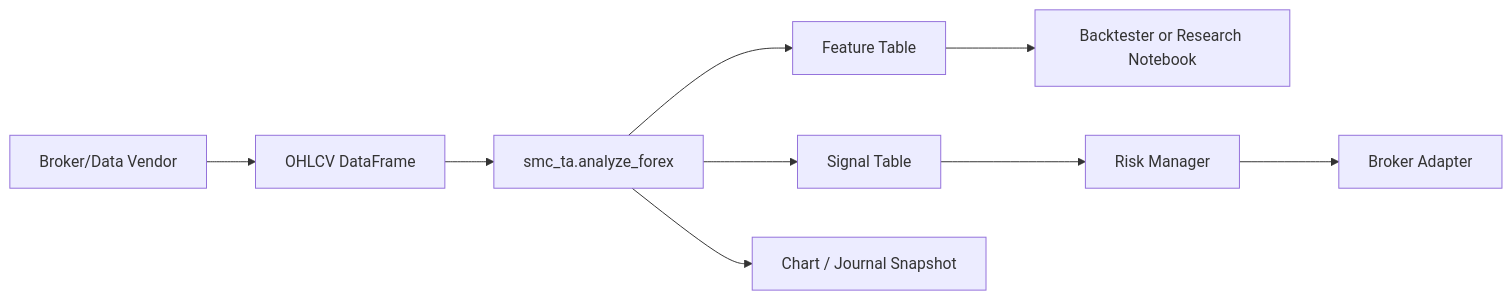
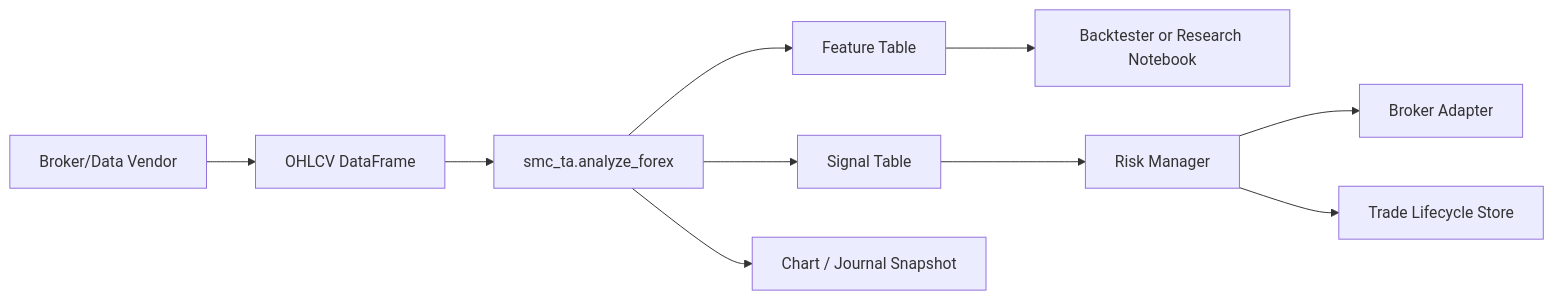
One commit to primebdsm/smcandta changed the diagram in docs/BOT_INTEGRATION.md. Above: the diagram before and after it, drawn with Mermaid. The commit also changed other lines of this file and 13 other files, not shown here.

Commit message:
Add trade lifecycle state machine

````diff
--- a/docs/BOT_INTEGRATION.md
+++ b/docs/BOT_INTEGRATION.md
@@ -5,11 +5,12 @@
 ```mermaid
 flowchart LR
   A["Broker/Data Vendor"] --> B["OHLCV DataFrame"]
   B --> C["smc_ta.analyze_forex"]
   C --> D["Feature Table"]
   C --> E["Signal Table"]
   D --> F["Backtester or Research Notebook"]
   E --> G["Risk Manager"]
   G --> H["Broker Adapter"]
+  G --> J["Trade Lifecycle Store"]
   C --> I["Chart / Journal Snapshot"]
 ```
````
